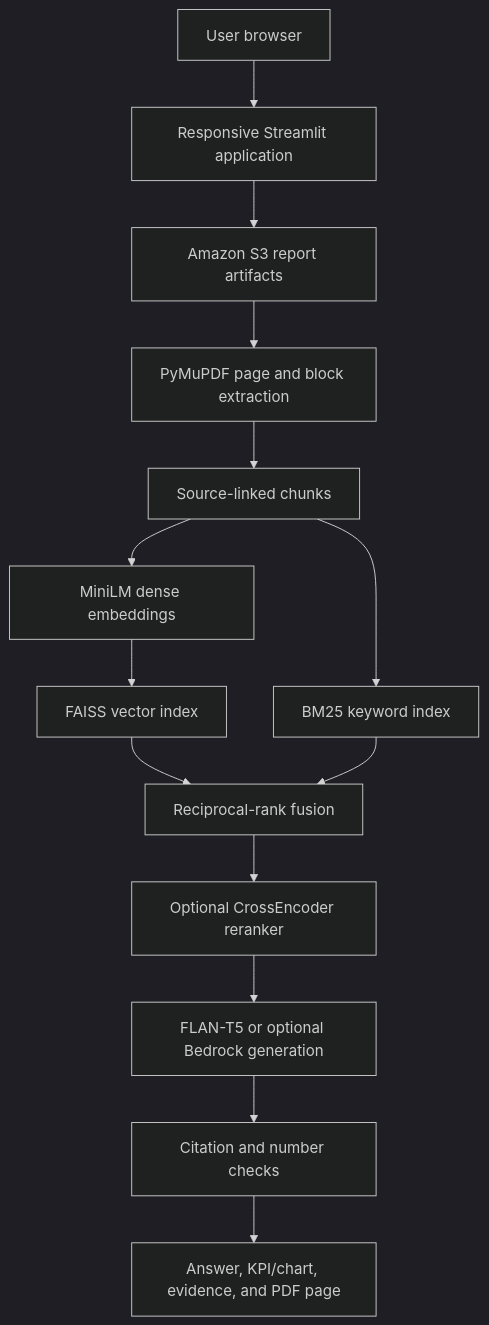
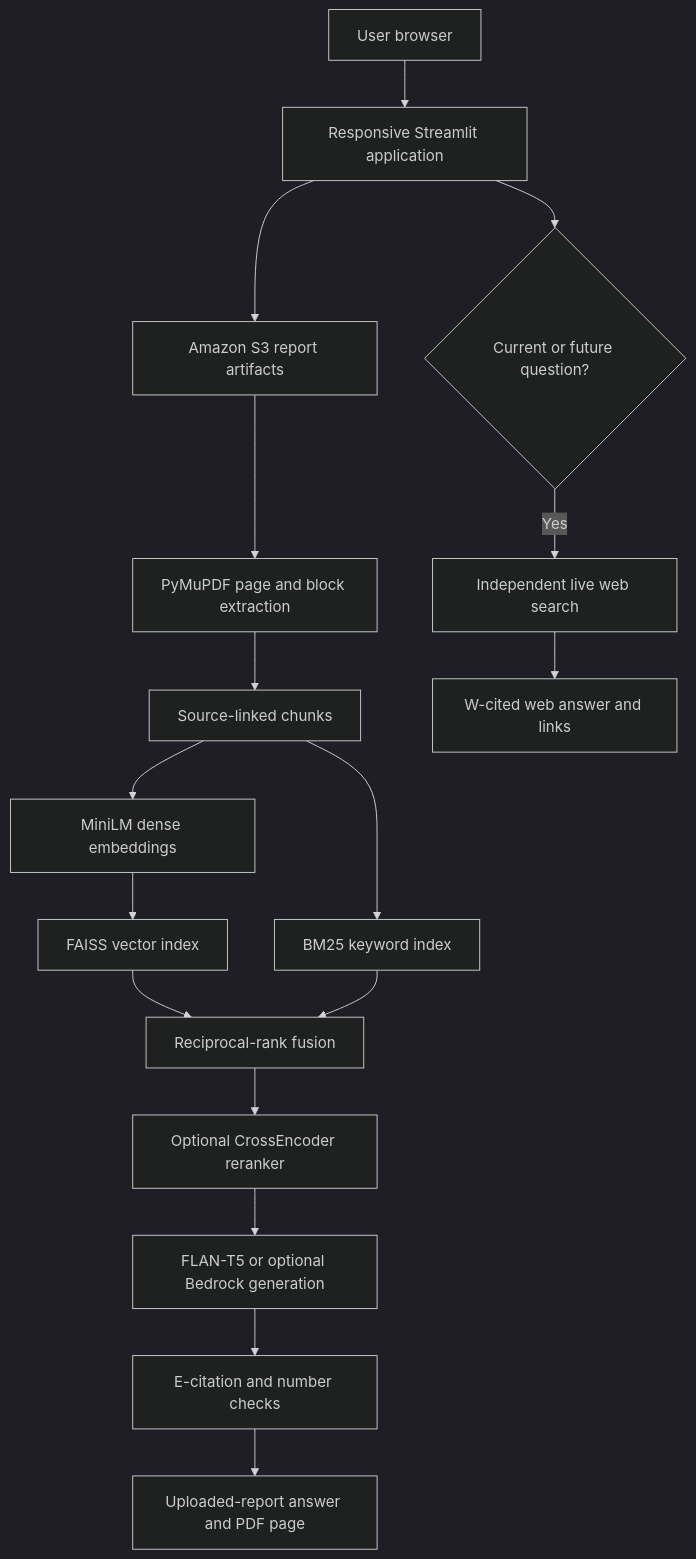
The diagram in README.md (avinaba333-bit/financial-intelligence-rag), drawn with Mermaid (dark theme) before and after one commit. The commit also changed other lines of this file and 11 other files, not shown here.

Commit message:
Add source-isolated current web research

````diff
--- a/README.md
+++ b/README.md
@@ -119,16 +132,19 @@
 ```mermaid
 flowchart TD
     U[User browser] --> UI[Responsive Streamlit application]
     UI --> S3[Amazon S3 report artifacts]
     S3 --> P[PyMuPDF page and block extraction]
     P --> C[Source-linked chunks]
     C --> D[MiniLM dense embeddings]
     C --> K[BM25 keyword index]
     D --> F[FAISS vector index]
     F --> R[Reciprocal-rank fusion]
     K --> R
     R --> X[Optional CrossEncoder reranker]
     X --> G[FLAN-T5 or optional Bedrock generation]
-    G --> V[Citation and number checks]
-    V --> O[Answer, KPI/chart, evidence, and PDF page]
+    G --> V[E-citation and number checks]
+    V --> O[Uploaded-report answer and PDF page]
+    UI --> Q{Current or future question?}
+    Q -->|Yes| W[Independent live web search]
+    W --> WS[W-cited web answer and links]
 ```
````
